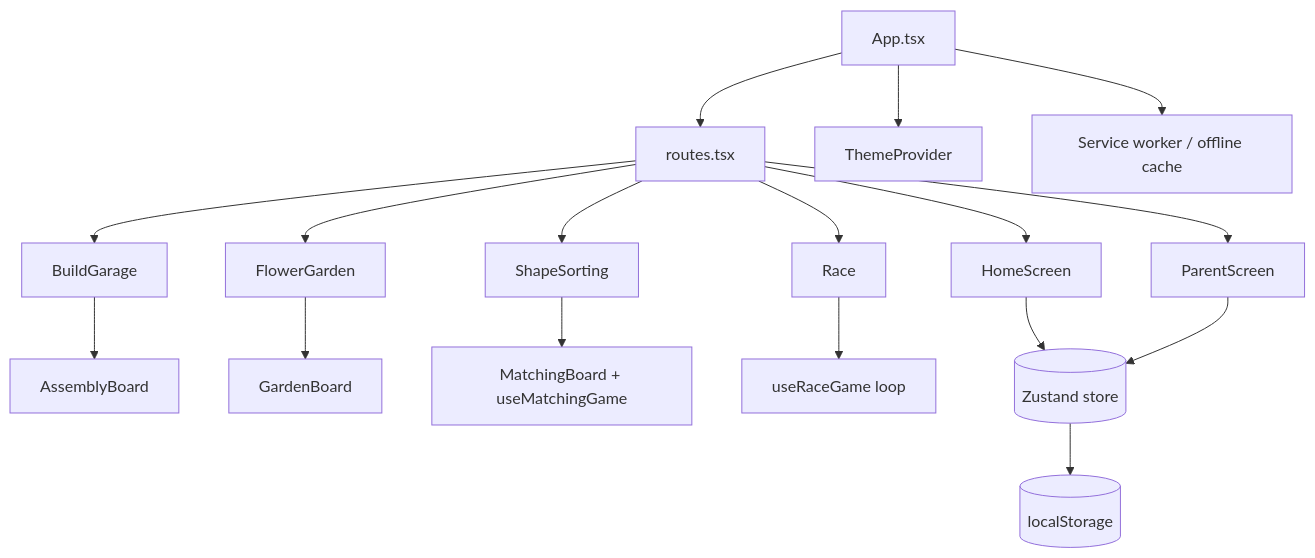
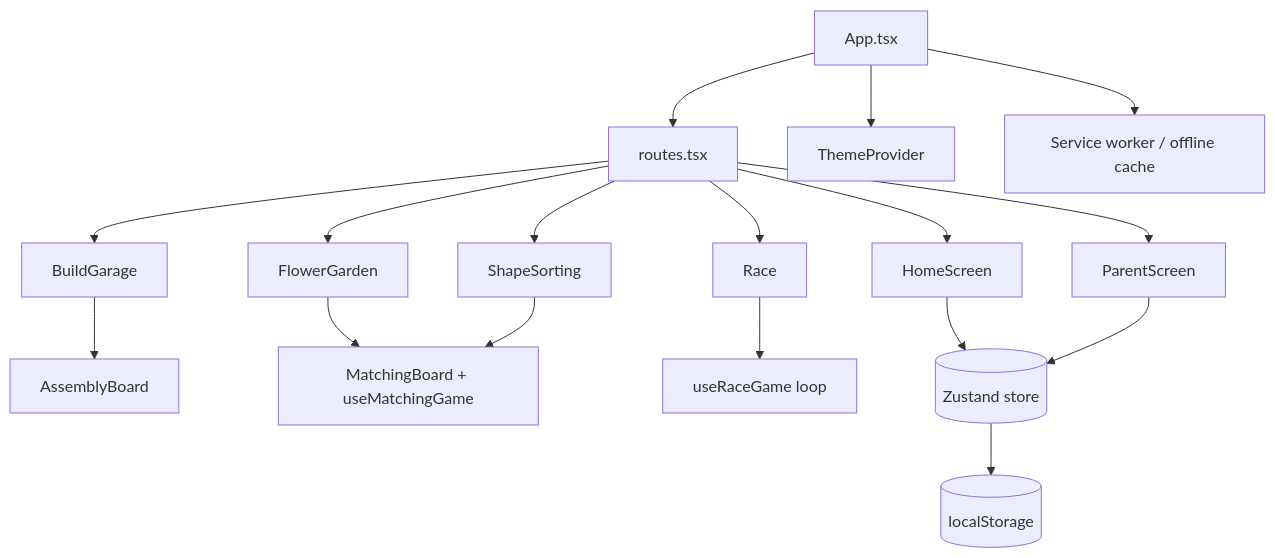
Before and after one commit to techlotse/TL-Games: the diagram in docs/architecture.md, drawn with Mermaid. The commit also changed other lines of this file and 16 other files, not shown here.

````diff
--- a/docs/architecture.md
+++ b/docs/architecture.md
@@ -46,19 +44,19 @@
 ```mermaid
 flowchart TD
   A[App.tsx] --> R[routes.tsx]
   R --> H[HomeScreen]
   R --> P[ParentScreen]
   R --> G1[BuildGarage]
   R --> G2[FlowerGarden]
   R --> G3[ShapeSorting]
   R --> G4[Race]
   G1 --> AB[AssemblyBoard]
-  G2 --> GB[GardenBoard]
-  G3 --> MB[MatchingBoard + useMatchingGame]
+  G2 --> MB[MatchingBoard + useMatchingGame]
+  G3 --> MB
   G4 --> RL[useRaceGame loop]
   H --> ST[(Zustand store)]
   P --> ST
   ST --> LS[(localStorage)]
   A --> TH[ThemeProvider]
   A --> SW[Service worker / offline cache]
 ```
````
